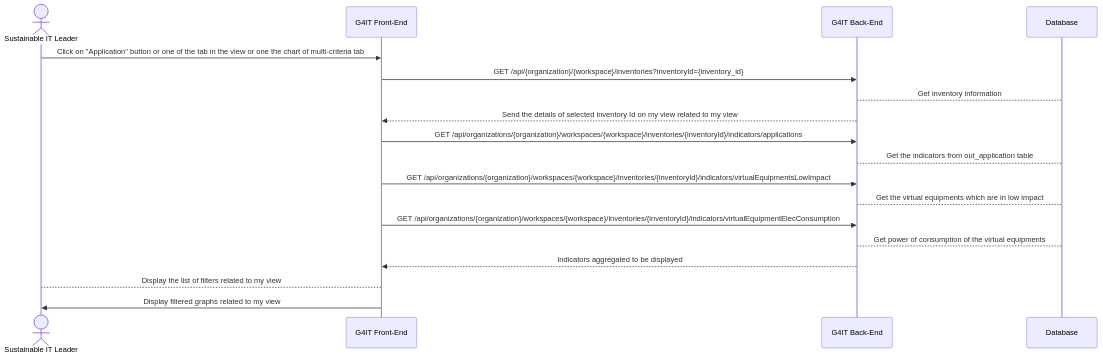
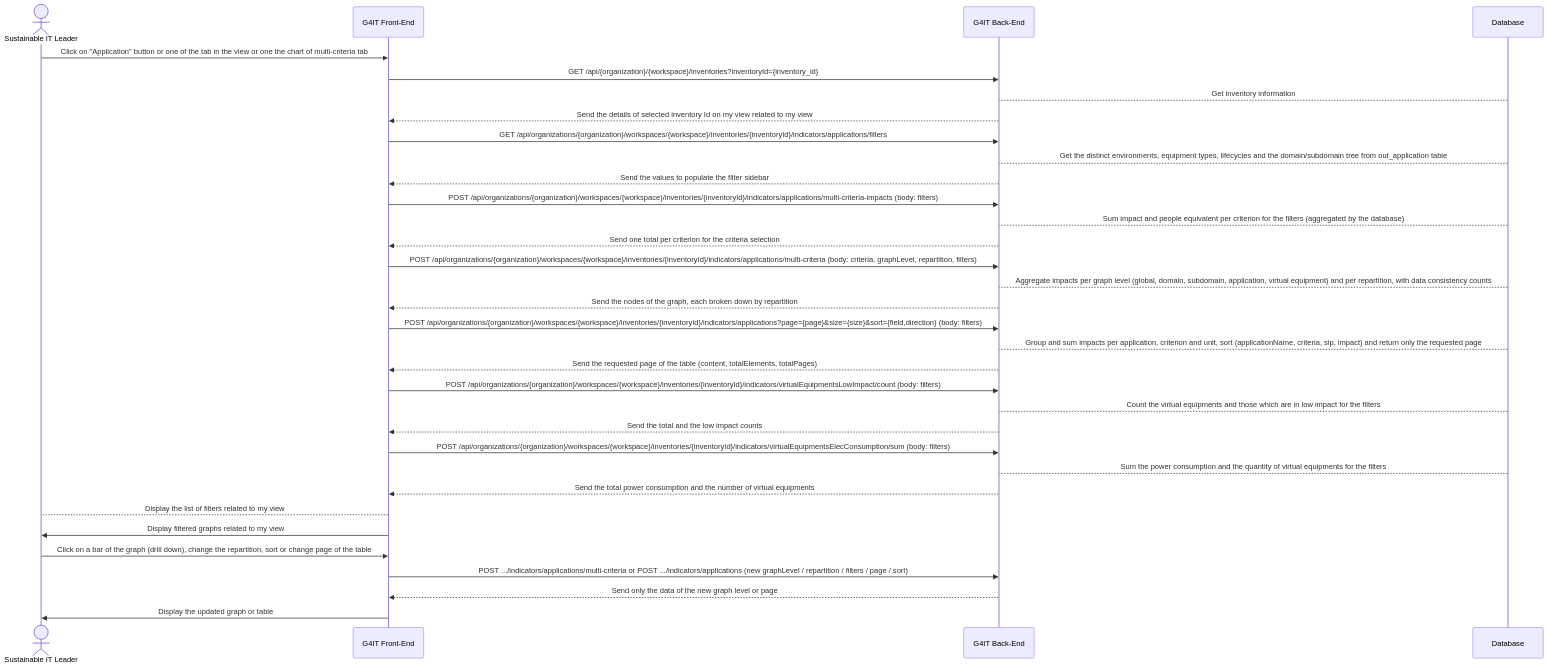
One commit to teamg4it/g4it changed the second of 2 diagrams in services/documentation/content/2-functional-documentation/use_cases/uc_inventory/uc6_visualize_application_footprint.md. Above: the diagram before and after it, drawn with Mermaid.

Commit message:
feat(95): application server side frontend documnetation

```diff
--- a/services/documentation/content/2-functional-documentation/use_cases/uc_inventory/uc6_visualize_application_footprint.md
+++ b/services/documentation/content/2-functional-documentation/use_cases/uc_inventory/uc6_visualize_application_footprint.md
@@ -331,21 +331,36 @@
 {{< mermaid >}}
 sequenceDiagram
 actor RND as Sustainable IT Leader
 participant front as G4IT Front-End
 participant back as G4IT Back-End
 participant Database
 RND ->> front: Click on "Application" button or one of the tab in the view or one the chart of multi-criteria tab
 front ->> back: GET /api/{organization}/{workspace}/inventories?inventoryId={inventory_id}
 Database--> back: Get inventory information
 back -->> front: Send the details of selected inventory Id on my view related to my view
-front ->> back: GET /api/organizations/{organization}/workspaces/{workspace}/inventories/{inventoryId}/indicators/applications
-Database--> back: Get the indicators from out_application table
-front ->> back: GET /api/organizations/{organization}/workspaces/{workspace}/inventories/{inventoryId}/indicators/virtualEquipmentsLowImpact
-Database--> back: Get the virtual equipments which are in low impact
-front ->> back: GET /api/organizations/{organization}/workspaces/{workspace}/inventories/{inventoryId}/indicators/virtualEquipmentElecConsumption
-Database--> back: Get power of consumption of the virtual equipments
-back -->> front: Indicators aggregated to be displayed
+front ->> back: GET /api/organizations/{organization}/workspaces/{workspace}/inventories/{inventoryId}/indicators/applications/filters
+Database--> back: Get the distinct environments, equipment types, lifecycles and the domain/subdomain tree from out_application table
+back -->> front: Send the values to populate the filter sidebar
+front ->> back: POST /api/organizations/{organization}/workspaces/{workspace}/inventories/{inventoryId}/indicators/applications/multi-criteria-impacts (body: filters)
+Database--> back: Sum impact and people equivalent per criterion for the filters (aggregated by the database)
+back -->> front: Send one total per criterion for the criteria selection
+front ->> back: POST /api/organizations/{organization}/workspaces/{workspace}/inventories/{inventoryId}/indicators/applications/multi-criteria (body: criteria, graphLevel, repartition, filters)
+Database--> back: Aggregate impacts per graph level (global, domain, subdomain, application, virtual equipment) and per repartition, with data consistency counts
+back -->> front: Send the nodes of the graph, each broken down by repartition
+front ->> back: POST /api/organizations/{organization}/workspaces/{workspace}/inventories/{inventoryId}/indicators/applications?page={page}&size={size}&sort={field,direction} (body: filters)
+Database--> back: Group and sum impacts per application, criterion and unit, sort (applicationName, criteria, sip, impact) and return only the requested page
+back -->> front: Send the requested page of the table (content, totalElements, totalPages)
+front ->> back: POST /api/organizations/{organization}/workspaces/{workspace}/inventories/{inventoryId}/indicators/virtualEquipmentsLowImpact/count (body: filters)
+Database--> back: Count the virtual equipments and those which are in low impact for the filters
+back -->> front: Send the total and the low impact counts
+front ->> back: POST /api/organizations/{organization}/workspaces/{workspace}/inventories/{inventoryId}/indicators/virtualEquipmentsElecConsumption/sum (body: filters)
+Database--> back: Sum the power consumption and the quantity of virtual equipments for the filters
+back -->> front: Send the total power consumption and the number of virtual equipments
 front --> RND: Display the list of filters related to my view
 front ->> RND: Display filtered graphs related to my view
+RND ->> front: Click on a bar of the graph (drill down), change the repartition, sort or change page of the table
+front ->> back: POST .../indicators/applications/multi-criteria or POST .../indicators/applications (new graphLevel / repartition / filters / page / sort)
+back -->> front: Send only the data of the new graph level or page
+front ->> RND: Display the updated graph or table
 
 {{< /mermaid >}}
```
